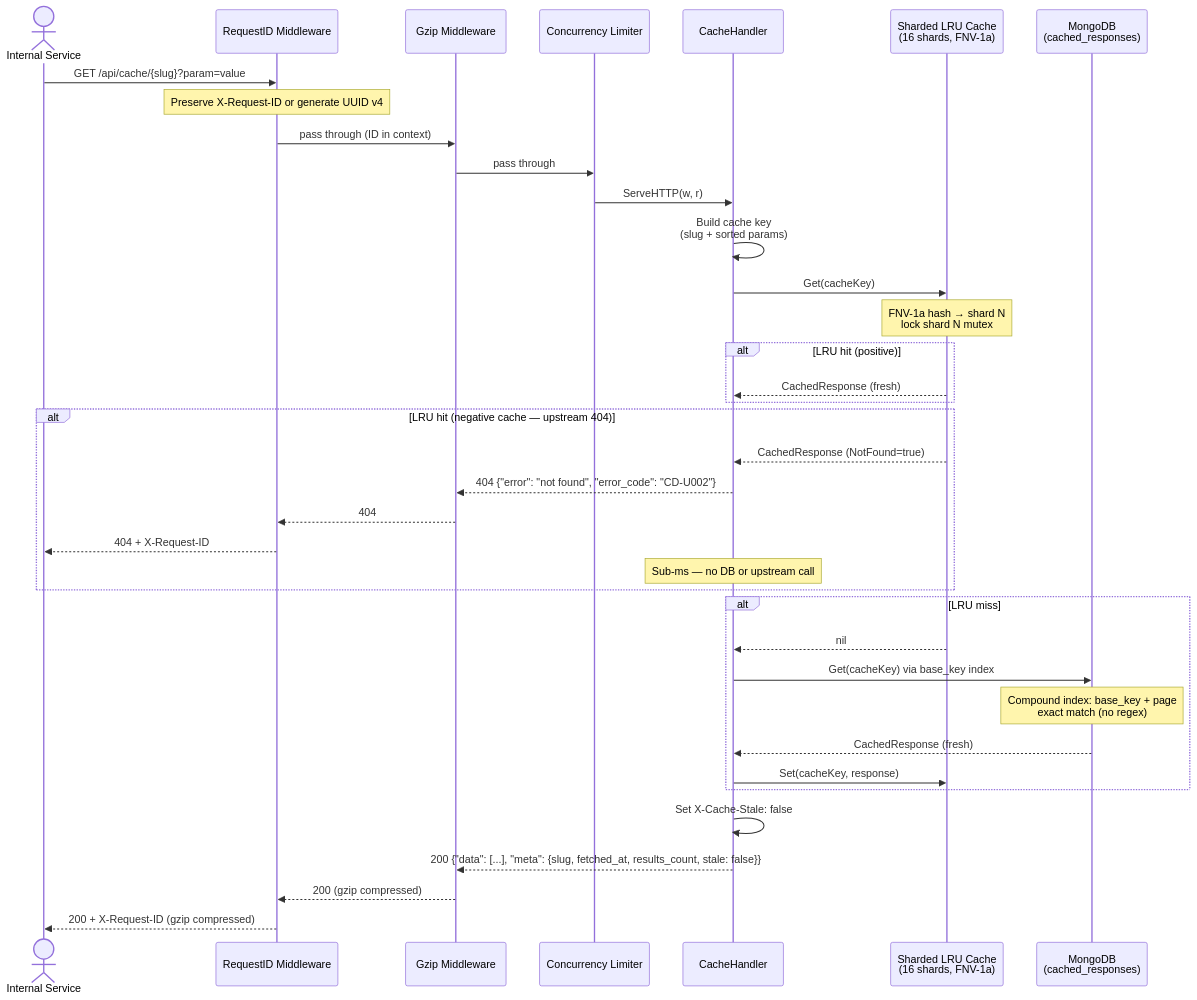
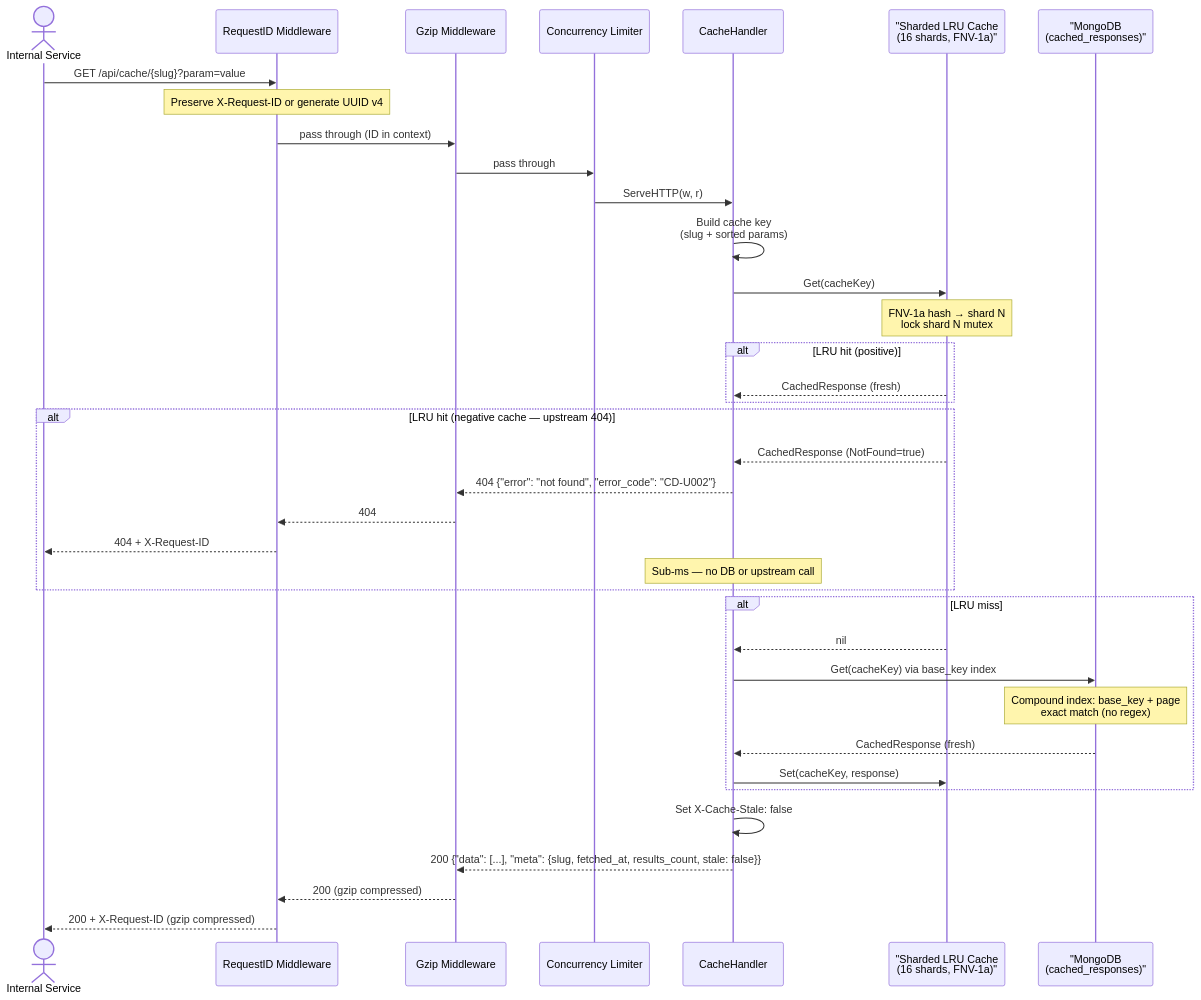
The first of 31 diagrams in docs/sequence-diagram.md (finish06/cash-drugs), drawn with Mermaid before and after one commit. The commit also changed other lines of this file and 8 other files, not shown here.

````diff
--- a/docs/sequence-diagram.md
+++ b/docs/sequence-diagram.md
@@ -5,40 +5,40 @@
 ```mermaid
 sequenceDiagram
     actor Client as Internal Service
     participant RID as RequestID Middleware
     participant GZ as Gzip Middleware
     participant LIM as Concurrency Limiter
     participant CH as CacheHandler
-    participant LRU as Sharded LRU Cache<br/>(16 shards, FNV-1a)
-    participant DB as MongoDB<br/>(cached_responses)
+    participant LRU as "Sharded LRU Cache<br/>(16 shards, FNV-1a)"
+    participant DB as "MongoDB<br/>(cached_responses)"
 
     Client->>RID: GET /api/cache/{slug}?param=value
     Note over RID: Preserve X-Request-ID or generate UUID v4
     RID->>GZ: pass through (ID in context)
     GZ->>LIM: pass through
     LIM->>CH: ServeHTTP(w, r)
     CH->>CH: Build cache key<br/>(slug + sorted params)
     CH->>LRU: Get(cacheKey)
     Note over LRU: FNV-1a hash → shard N<br/>lock shard N mutex
     alt LRU hit (positive)
         LRU-->>CH: CachedResponse (fresh)
     end
     alt LRU hit (negative cache — upstream 404)
         LRU-->>CH: CachedResponse (NotFound=true)
         CH-->>GZ: 404 {"error": "not found", "error_code": "CD-U002"}
         GZ-->>RID: 404
         RID-->>Client: 404 + X-Request-ID
         Note over CH: Sub-ms — no DB or upstream call
     end
     alt LRU miss
         LRU-->>CH: nil
         CH->>DB: Get(cacheKey) via base_key index
         Note over DB: Compound index: base_key + page<br/>exact match (no regex)
         DB-->>CH: CachedResponse (fresh)
         CH->>LRU: Set(cacheKey, response)
     end
     CH->>CH: Set X-Cache-Stale: false
     CH-->>GZ: 200 {"data": [...], "meta": {slug, fetched_at, results_count, stale: false}}
     GZ-->>RID: 200 (gzip compressed)
     RID-->>Client: 200 + X-Request-ID (gzip compressed)
 ```
````
